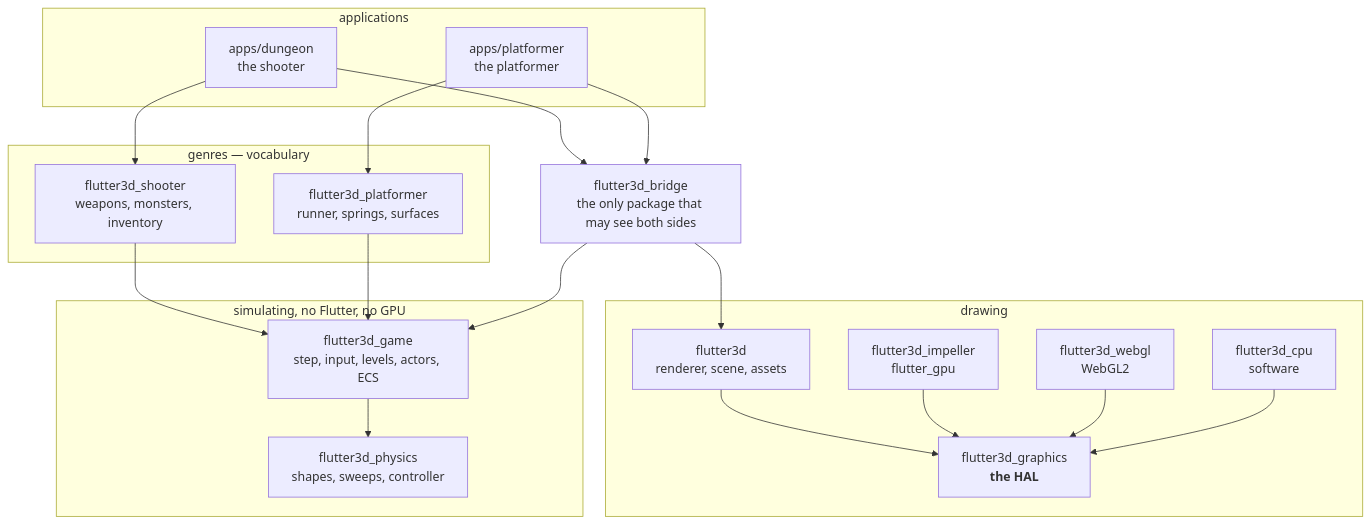
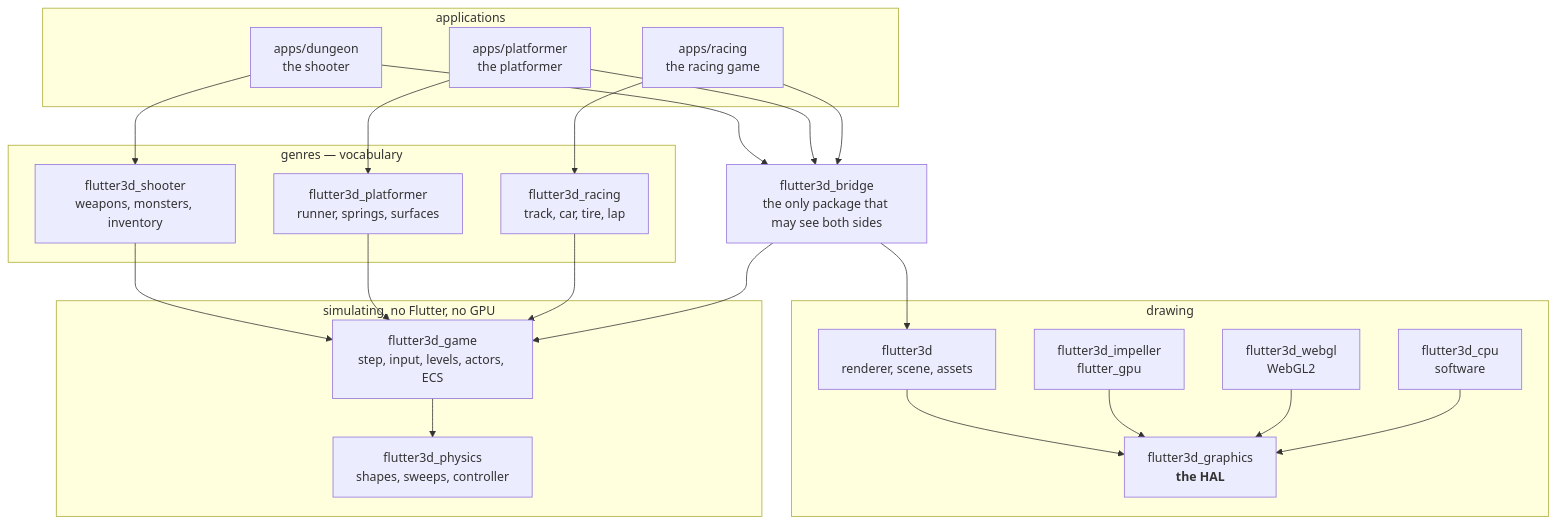
Before and after one commit to pleiondev/flutter3d: the diagram in site/content/index.md, drawn with Mermaid. The commit also changed other lines of this file and 96 other files, not shown here.

````diff
--- a/site/content/index.md
+++ b/site/content/index.md
@@ -71,38 +76,42 @@
 ```mermaid
 flowchart TB
   subgraph app["applications"]
     dungeon["apps/dungeon<br>the shooter"]
     platformer["apps/platformer<br>the platformer"]
+    racing["apps/racing<br>the racing game"]
   end
 
   subgraph genre["genres — vocabulary"]
     shooter["flutter3d_shooter<br>weapons, monsters, inventory"]
     plat["flutter3d_platformer<br>runner, springs, surfaces"]
+    race["flutter3d_racing<br>track, car, tire, lap"]
   end
 
   bridge["flutter3d_bridge<br>the only package that may see both sides"]
 
   subgraph draw["drawing"]
     f3d["flutter3d<br>renderer, scene, assets"]
     gfx["flutter3d_graphics<br><b>the HAL</b>"]
     impeller["flutter3d_impeller<br>flutter_gpu"]
     webgl["flutter3d_webgl<br>WebGL2"]
     cpu["flutter3d_cpu<br>software"]
   end
 
   subgraph sim["simulating, no Flutter, no GPU"]
     game["flutter3d_game<br>step, input, levels, actors, ECS"]
     physics["flutter3d_physics<br>shapes, sweeps, controller"]
   end
 
   dungeon --> shooter & bridge
   platformer --> plat & bridge
+  racing --> race & bridge
   shooter --> game
   plat --> game
+  race --> game
   bridge --> f3d & game
   f3d --> gfx
   impeller --> gfx
   webgl --> gfx
   cpu --> gfx
   game --> physics
 ```
````
